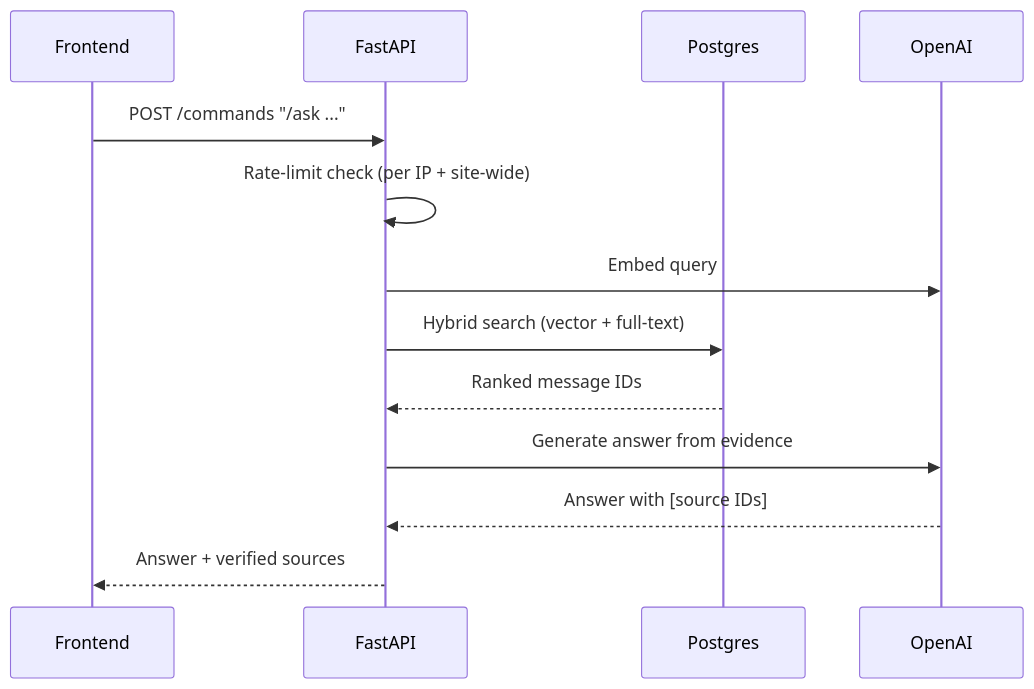
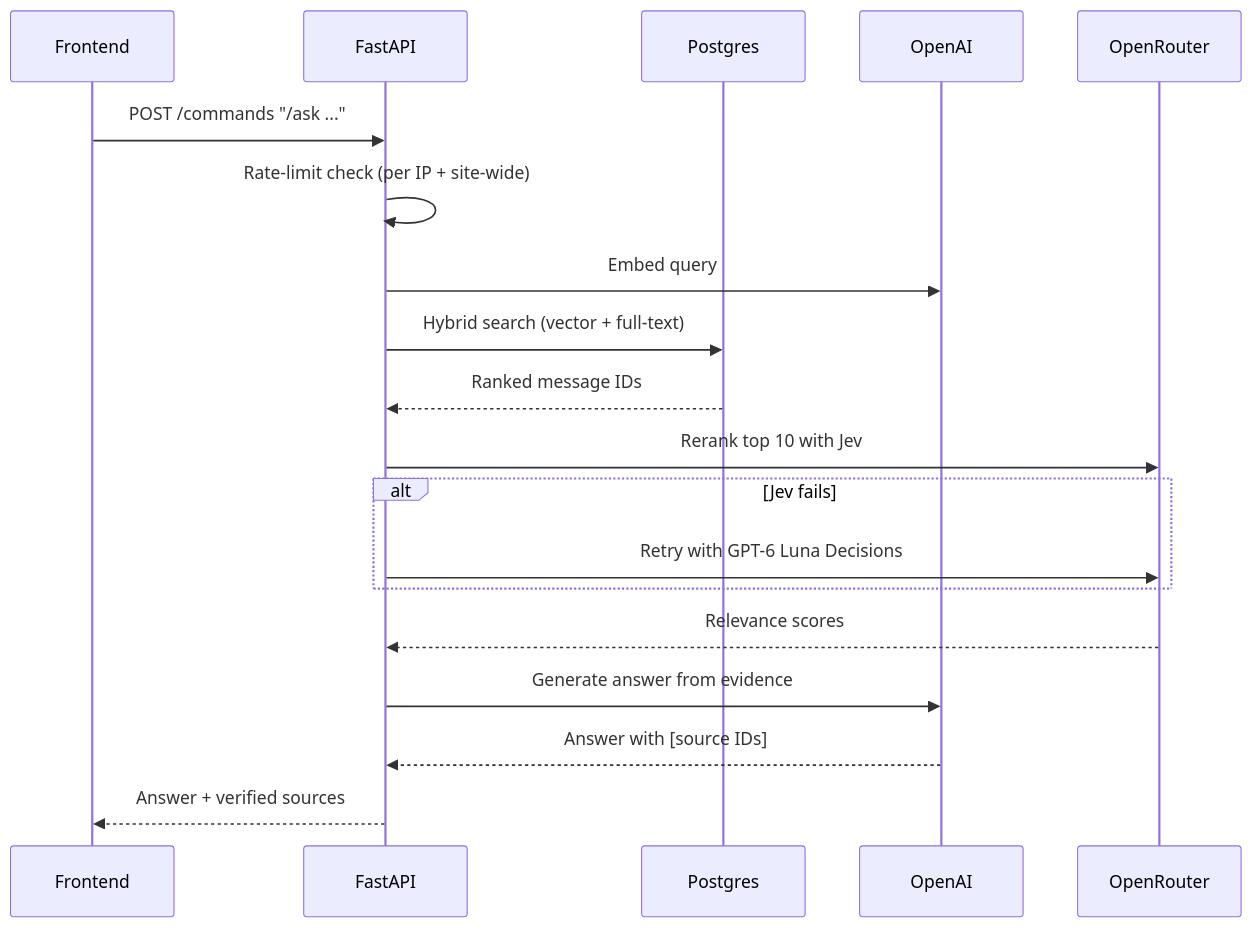
One commit to AbhayKale332/RecallHQ changed the third of 3 diagrams in README.md. Above: the diagram before and after it, drawn with Mermaid. The commit also changed other lines of this file and 3 other files, not shown here.

Commit message:
feat: rerank top hits with Jev, falling back to GPT-6 Luna

````diff
--- a/README.md
+++ b/README.md
@@ -67,15 +92,21 @@
 ```mermaid
 sequenceDiagram
     participant FE as Frontend
     participant API as FastAPI
     participant DB as Postgres
     participant AI as OpenAI
+    participant ORT as OpenRouter
     FE->>API: POST /commands "/ask ..."
     API->>API: Rate-limit check (per IP + site-wide)
     API->>AI: Embed query
     API->>DB: Hybrid search (vector + full-text)
     DB-->>API: Ranked message IDs
+    API->>ORT: Rerank top 10 with Jev
+    alt Jev fails
+        API->>ORT: Retry with GPT-6 Luna Decisions
+    end
+    ORT-->>API: Relevance scores
     API->>AI: Generate answer from evidence
     AI-->>API: Answer with [source IDs]
     API-->>FE: Answer + verified sources
 ```
````
